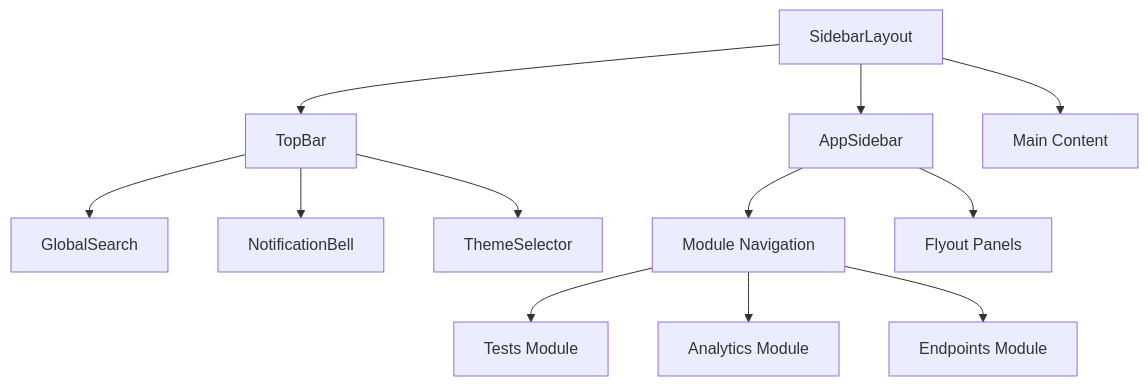
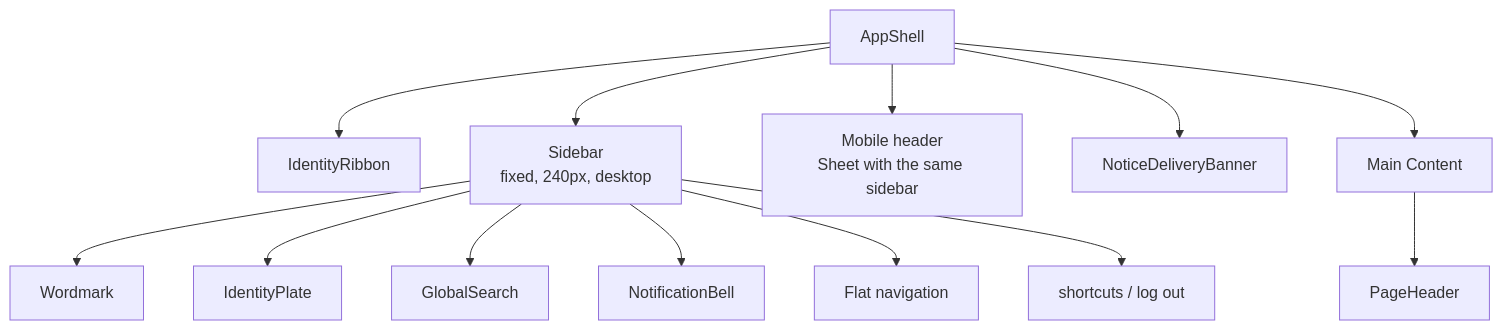
The first of 2 diagrams in wiki/docs/developer-guide/frontend/ui-components.md (projectachilles/ProjectAchilles), drawn with Mermaid before and after one commit. The commit also changed other lines of this file and 136 other files, not shown here.

````diff
--- a/wiki/docs/developer-guide/frontend/ui-components.md
+++ b/wiki/docs/developer-guide/frontend/ui-components.md
@@ -85,17 +91,17 @@
 ```mermaid
 graph TD
-    A[SidebarLayout] --> B[AppSidebar]
-    A --> C[TopBar]
+    A[AppShell] --> R[IdentityRibbon]
+    A --> B[Sidebar<br/>fixed, 240px, desktop]
+    A --> M[Mobile header<br/>Sheet with the same sidebar]
+    A --> N[NoticeDeliveryBanner]
     A --> D[Main Content]
 
-    C --> E[GlobalSearch]
-    C --> F[NotificationBell]
-    C --> G[ThemeSelector]
+    B --> W[Wordmark]
+    B --> IP[IdentityPlate]
+    B --> E[GlobalSearch]
+    B --> F[NotificationBell]
+    B --> H[Flat navigation]
+    B --> X[shortcuts / log out]
 
-    B --> H[Module Navigation]
-    B --> I[Flyout Panels]
-
-    H --> J[Tests Module]
-    H --> K[Analytics Module]
-    H --> L[Endpoints Module]
+    D --> PH[PageHeader]
 ```
````
